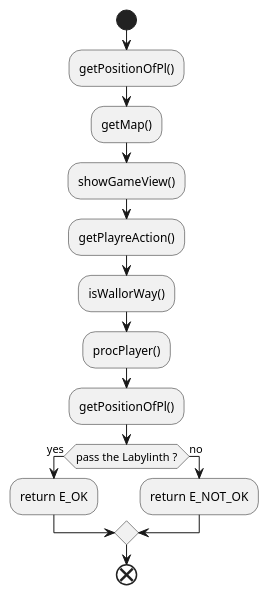
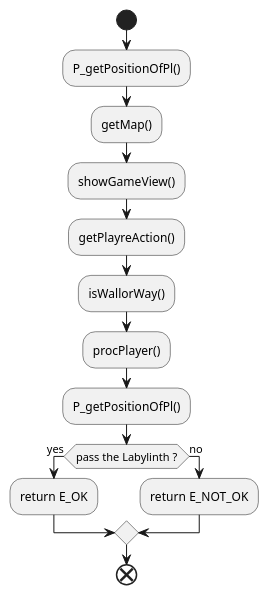
One commit to horiyoshihiro/LabyrinthGame changed the diagram in Doc/A_procGame.pu. Above: the diagram before and after it, drawn with PlantUML. The commit also changed 21 other files, not shown here.

```diff
--- a/Doc/A_procGame.pu
+++ b/Doc/A_procGame.pu
@@ -1,26 +1,26 @@
 @startuml
 
 start
 
-    :getPositionOfPl();
+    :P_getPositionOfPl();
     :getMap();
 
     :showGameView();
 
     :getPlayreAction();
 
     :isWallorWay();
 
     :procPlayer();
 
-    :getPositionOfPl();
+    :P_getPositionOfPl();
     if (pass the Labylinth ?) then (yes)
         :return E_OK; 
     else (no)
         :return E_NOT_OK;
         
     endif
 
 end
 
 @enduml
```
